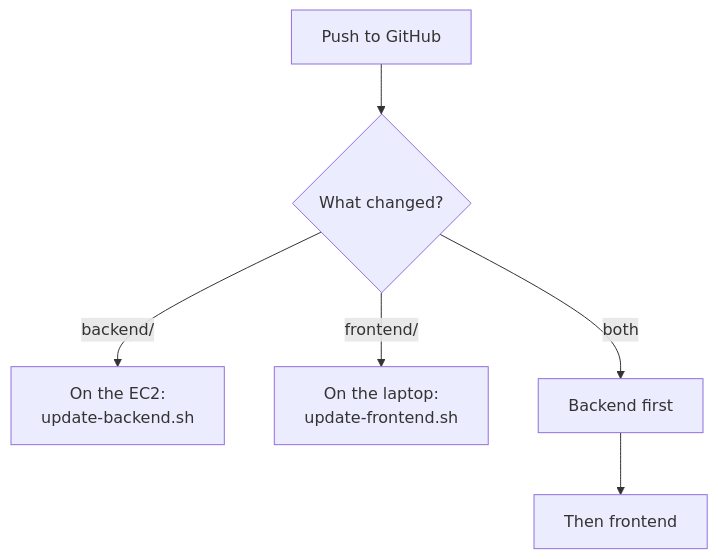
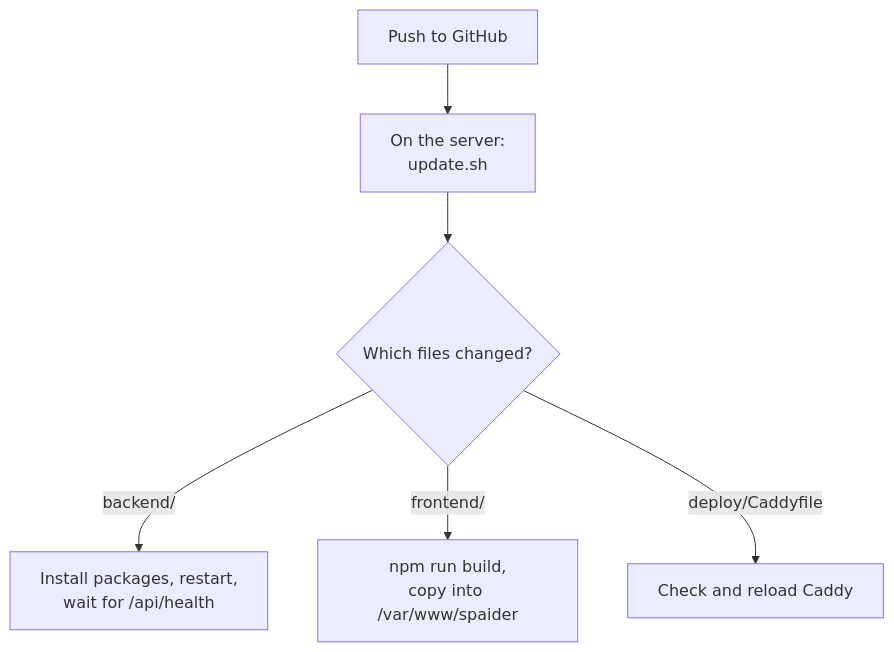
One commit to shreshthdeveloper/spaider changed the second of 2 diagrams in docs/DEPLOY.md. Above: the diagram before and after it, drawn with Mermaid. The commit also changed other lines of this file and 5 other files, not shown here.

Commit message:
One-command deploys: update.sh on the server, ship.sh on the laptop; guide rewritten for Caddy

````diff
--- a/docs/DEPLOY.md
+++ b/docs/DEPLOY.md
@@ -221,7 +182,8 @@
 ```mermaid
 flowchart TD
-    P[Push to GitHub] --> Q{What changed?}
-    Q -->|"backend/"| B["On the EC2:<br/>update-backend.sh"]
-    Q -->|"frontend/"| F["On the laptop:<br/>update-frontend.sh"]
-    Q -->|both| B2[Backend first] --> F2[Then frontend]
+    P[Push to GitHub] --> S["On the server:<br/>update.sh"]
+    S --> Q{Which files changed?}
+    Q -->|"backend/"| B["Install packages, restart,<br/>wait for /api/health"]
+    Q -->|"frontend/"| F["npm run build,<br/>copy into /var/www/spaider"]
+    Q -->|"deploy/Caddyfile"| C[Check and reload Caddy]
 ```
````
